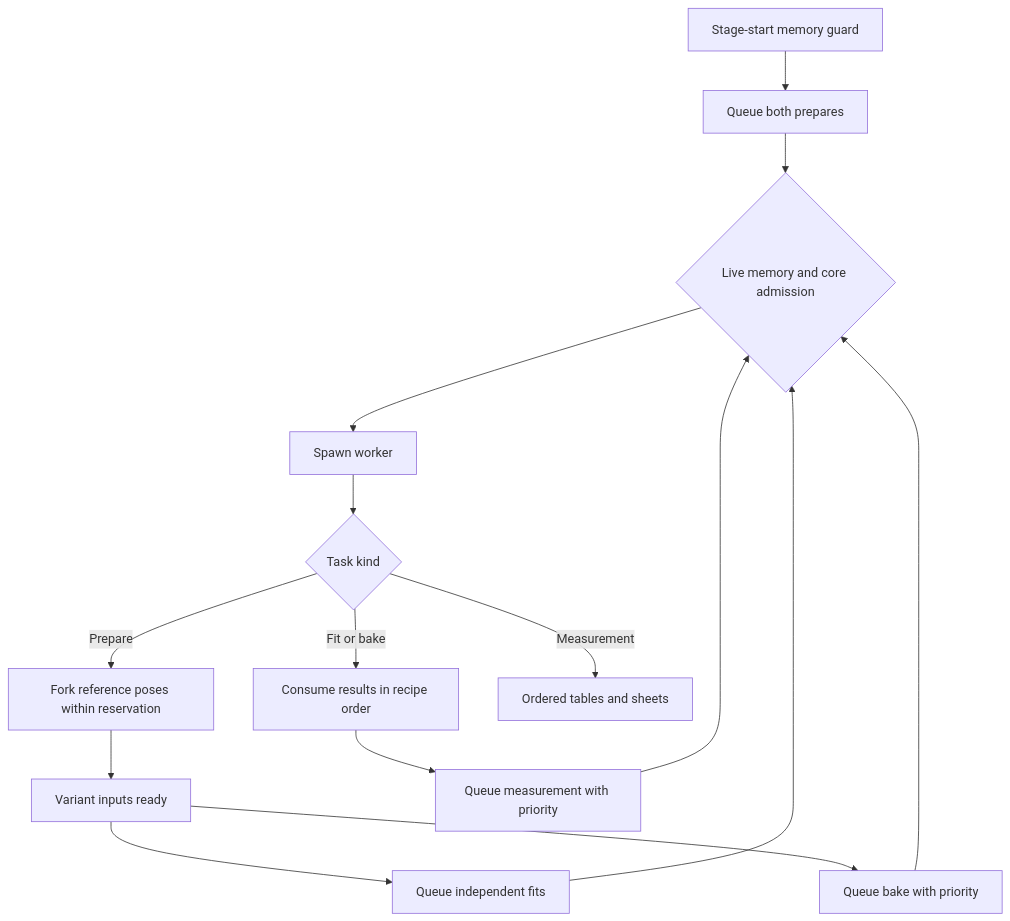
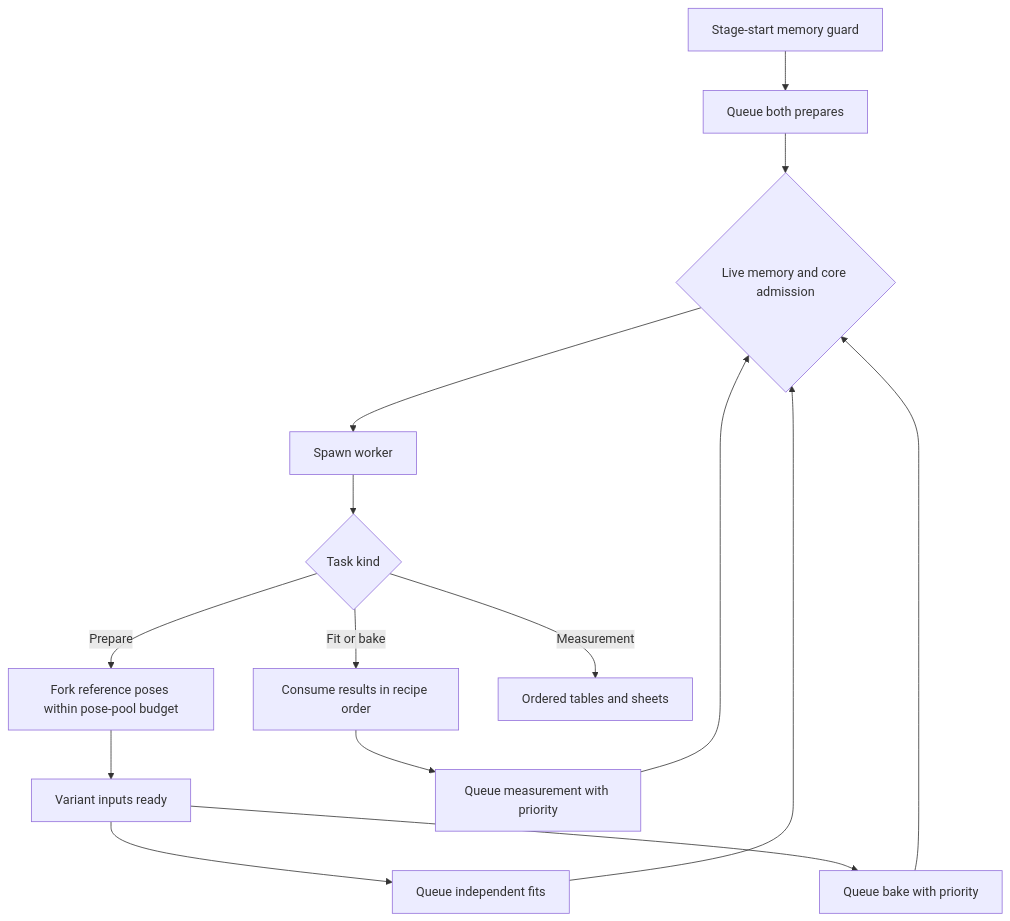
Before and after one commit to jose-villegas/autana: the first of 2 diagrams in docs/tools/Render-Harness.md, drawn with Mermaid. The commit also changed other lines of this file and 7 other files, not shown here.

````diff
--- a/docs/tools/Render-Harness.md
+++ b/docs/tools/Render-Harness.md
@@ -94,17 +94,17 @@
 ```mermaid
 flowchart TD
     Start[Stage-start memory guard] --> Queue[Queue both prepares]
     Queue --> Admission{Live memory and core admission}
     Admission --> Worker[Spawn worker]
     Worker --> Kind{Task kind}
-    Kind -->|Prepare| Poses[Fork reference poses within reservation]
+    Kind -->|Prepare| Poses[Fork reference poses within pose-pool budget]
     Poses --> Ready[Variant inputs ready]
     Ready --> Fits[Queue independent fits]
     Fits --> Admission
     Ready --> Bake[Queue bake with priority]
     Bake --> Admission
     Kind -->|Fit or bake| Ordered[Consume results in recipe order]
     Ordered --> Measure[Queue measurement with priority]
     Measure --> Admission
     Kind -->|Measurement| Outputs[Ordered tables and sheets]
 ```
````
